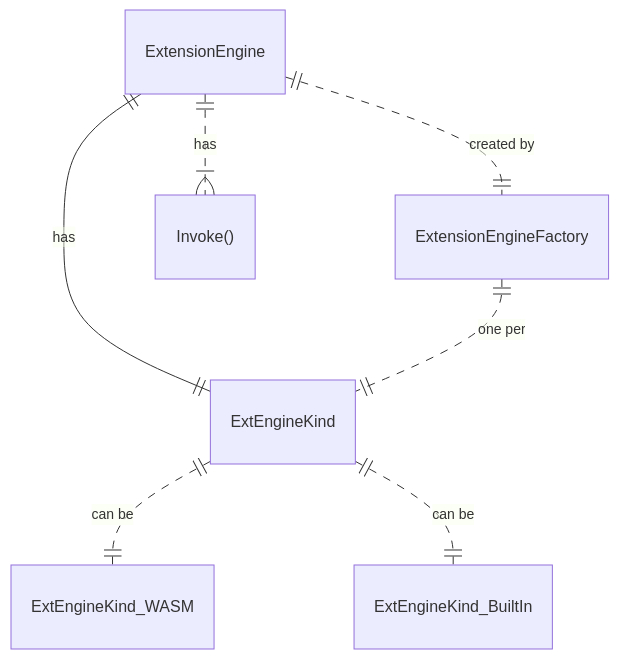
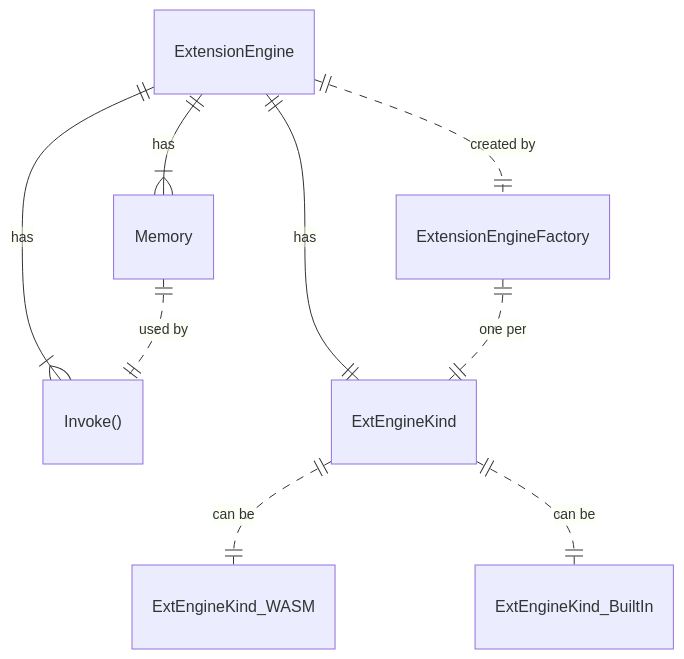
The tenth of 15 diagrams in design/README.md (voedger/voedger), drawn with Mermaid before and after one commit. The commit also changed other lines of this file, not shown here.

Commit message:
ExtensionMemory

````diff
--- a/design/README.md
+++ b/design/README.md
@@ -296,9 +299,12 @@
 ```mermaid
     erDiagram
     ExtensionEngine ||..|| ExtensionEngineFactory : "created by"
-    ExtensionEngine ||..|{ "Invoke()": "has"
+    ExtensionEngine ||--|{ Memory: "has"
+    ExtensionEngine ||--|{ "Invoke()": "has"
     ExtensionEngine ||--|| ExtEngineKind: has
     ExtensionEngineFactory ||..|| ExtEngineKind : "one per"
     ExtEngineKind ||..|| ExtEngineKind_WASM: "can be"
     ExtEngineKind ||..|| ExtEngineKind_BuiltIn: "can be"
+
+    Memory ||..|| "Invoke()": "used by"
 ```
````
